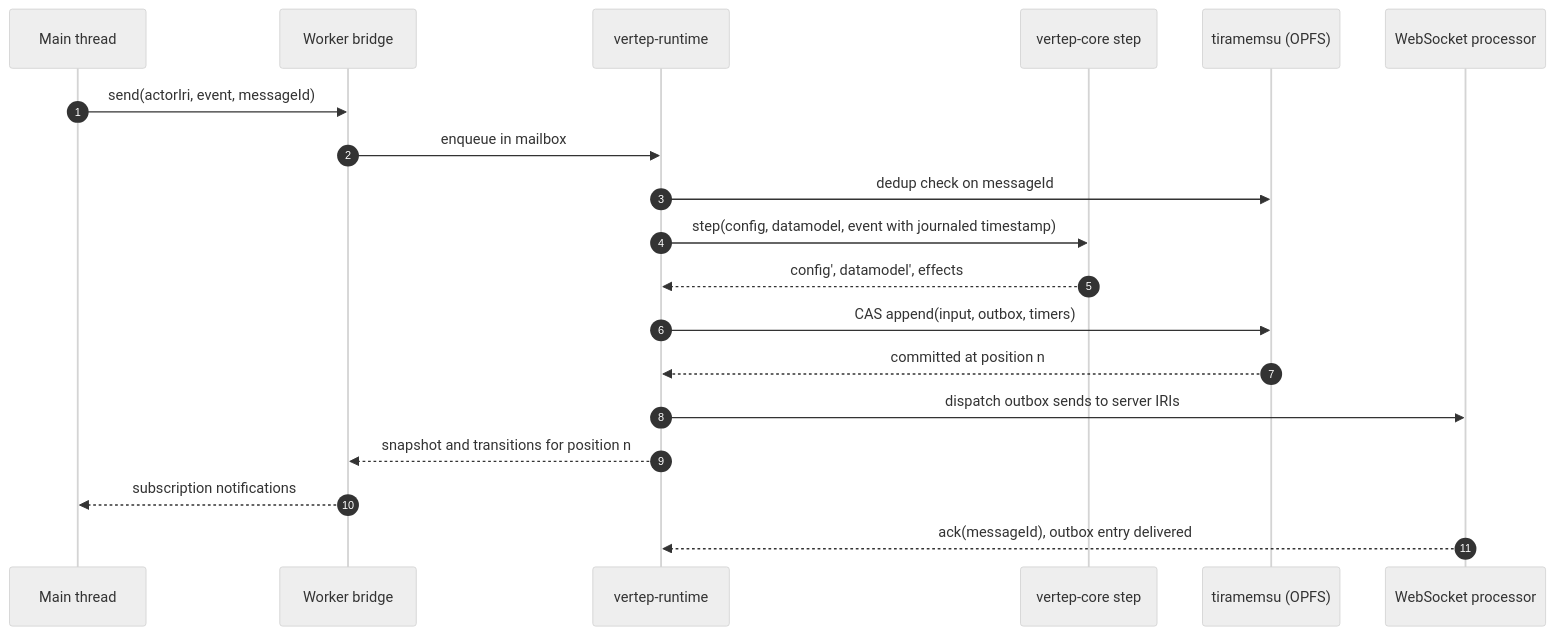
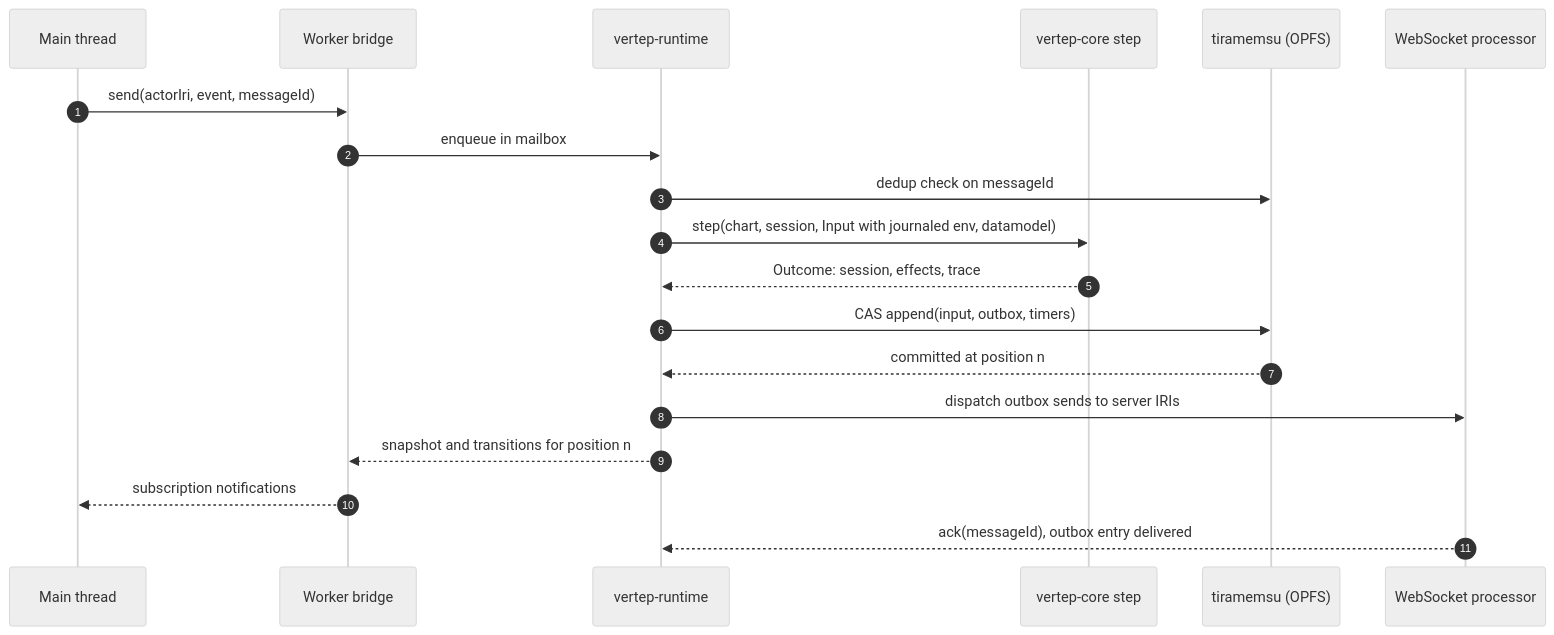
One commit to Volland/vertep changed the second of 3 diagrams in tg.md/views/browser.md. Above: the diagram before and after it, drawn with Mermaid (neutral theme). The commit also changed other lines of this file and 9 other files, not shown here.

First line of the commit message:
Bring the architecture views in line with the code

````diff
--- a/tg.md/views/browser.md
+++ b/tg.md/views/browser.md
@@ -80,21 +80,21 @@
 ```mermaid
 sequenceDiagram
     autonumber
     participant App as Main thread
     participant Br as Worker bridge
     participant Rt as vertep-runtime
     participant Co as vertep-core step
     participant St as tiramemsu (OPFS)
     participant WS as WebSocket processor
     App->>Br: send(actorIri, event, messageId)
     Br->>Rt: enqueue in mailbox
     Rt->>St: dedup check on messageId
-    Rt->>Co: step(config, datamodel, event with journaled timestamp)
-    Co-->>Rt: config', datamodel', effects
+    Rt->>Co: step(chart, session, Input with journaled env, datamodel)
+    Co-->>Rt: Outcome: session, effects, trace
     Rt->>St: CAS append(input, outbox, timers)
     St-->>Rt: committed at position n
     Rt->>WS: dispatch outbox sends to server IRIs
     Rt-->>Br: snapshot and transitions for position n
     Br-->>App: subscription notifications
     WS-->>Rt: ack(messageId), outbox entry delivered
 ```
````
